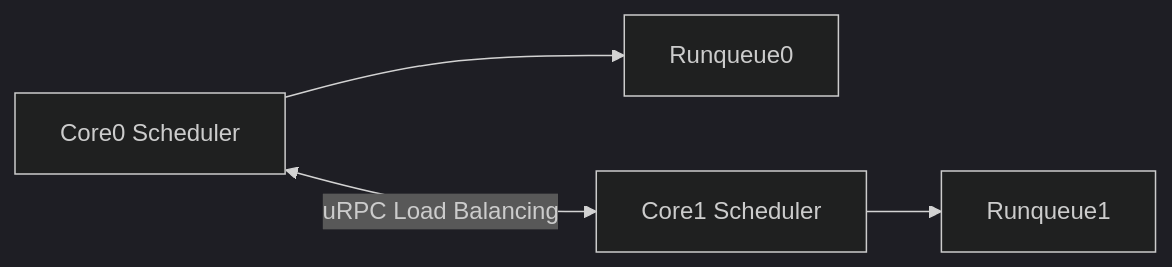
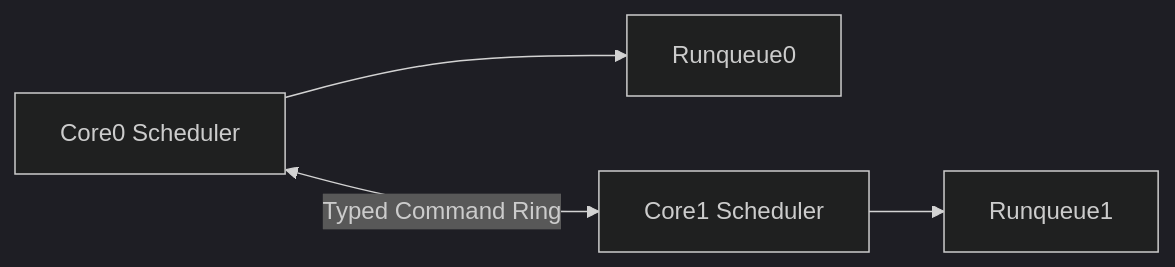
The first of 3 diagrams in docs/architecture/kernel/scheduler_model.md (CloudCarpentry/Bharat-OS), drawn with Mermaid (dark theme) before and after one commit. The commit also changed other lines of this file and 702 other files, not shown here.

````diff
--- a/docs/architecture/kernel/scheduler_model.md
+++ b/docs/architecture/kernel/scheduler_model.md
@@ -36,7 +64,7 @@
 ```mermaid
 graph LR
     A[Core0 Scheduler] --> A1[Runqueue0]
     B[Core1 Scheduler] --> B1[Runqueue1]
 
-    A <-- uRPC Load Balancing --> B
+    A <-- Typed Command Ring --> B
 ```
````
